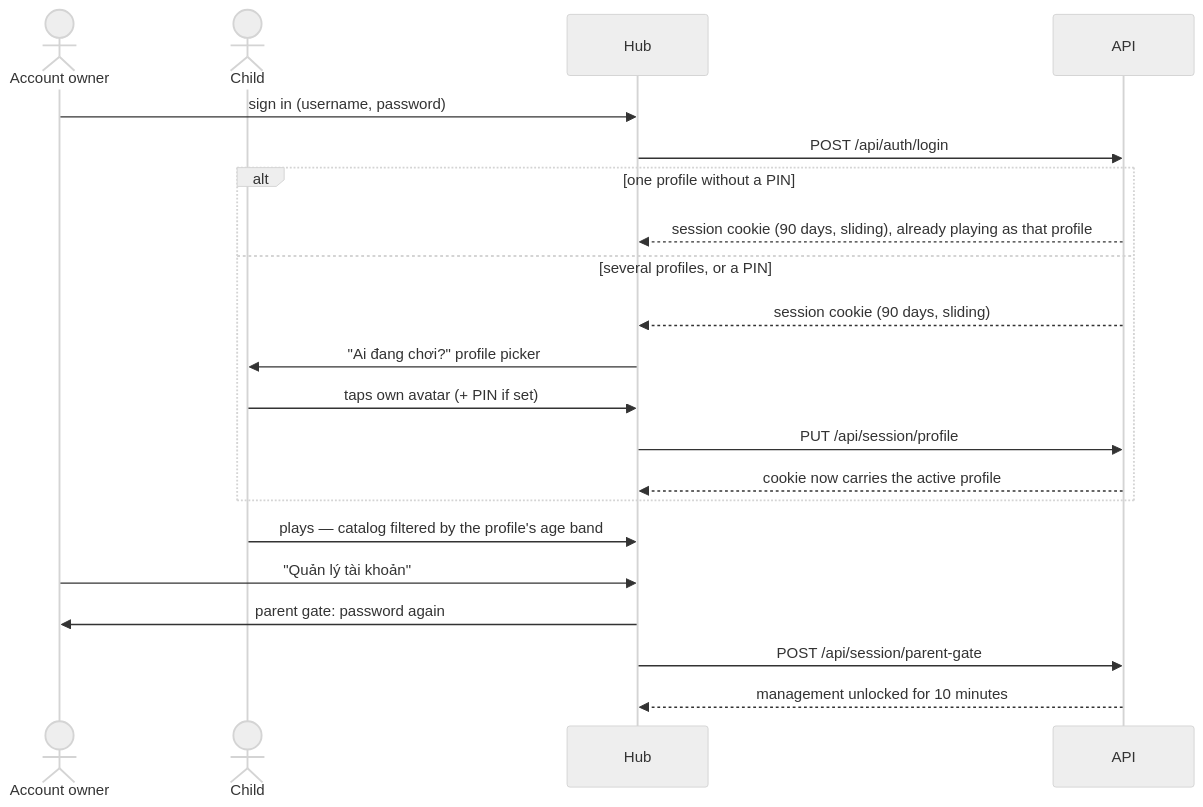
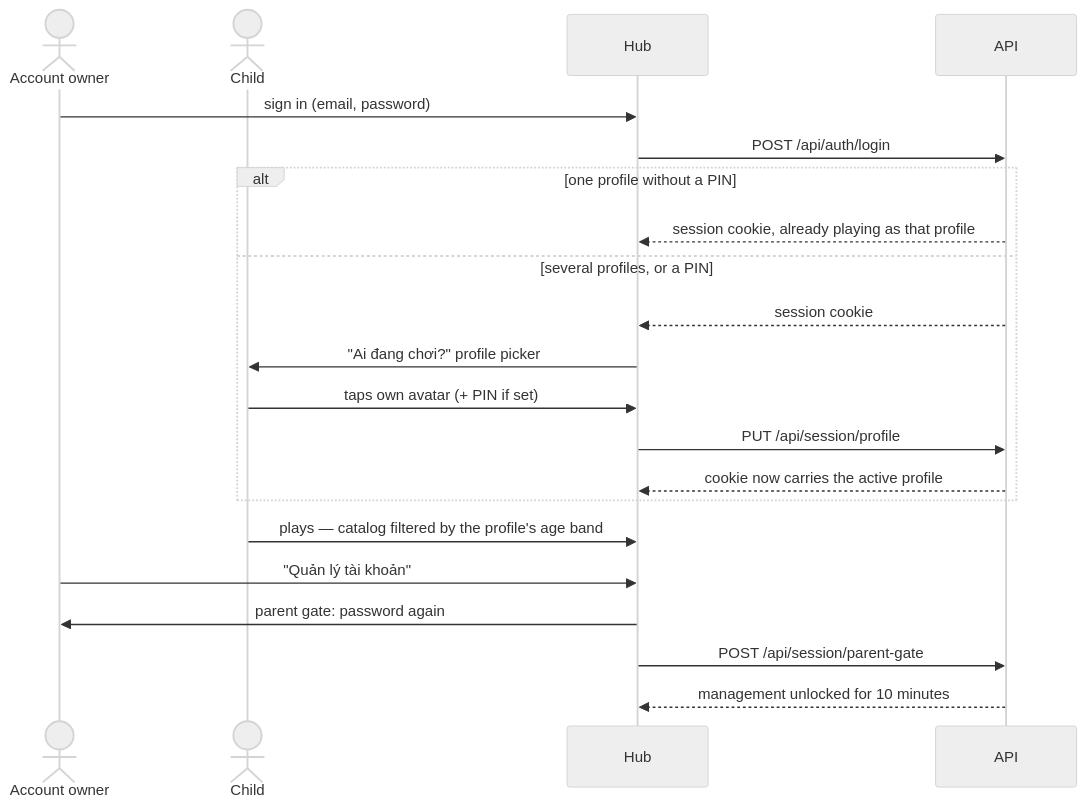
The sixth of 6 diagrams in docs/architecture/identity.md (vinh466/tohe-play), drawn with Mermaid (neutral theme) before and after one commit. The commit also changed other lines of this file and 8 other files, not shown here.

````diff
--- a/docs/architecture/identity.md
+++ b/docs/architecture/identity.md
@@ -53,24 +198,24 @@
 ```mermaid
 sequenceDiagram
   actor P as Account owner
   actor C as Child
   participant H as Hub
   participant API
 
-  P->>H: sign in (username, password)
+  P->>H: sign in (email, password)
   H->>API: POST /api/auth/login
   alt one profile without a PIN
-    API-->>H: session cookie (90 days, sliding), already playing as that profile
+    API-->>H: session cookie, already playing as that profile
   else several profiles, or a PIN
-    API-->>H: session cookie (90 days, sliding)
+    API-->>H: session cookie
     H->>C: "Ai đang chơi?" profile picker
     C->>H: taps own avatar (+ PIN if set)
     H->>API: PUT /api/session/profile
     API-->>H: cookie now carries the active profile
   end
   C->>H: plays — catalog filtered by the profile's age band
   P->>H: "Quản lý tài khoản"
   H->>P: parent gate: password again
   H->>API: POST /api/session/parent-gate
   API-->>H: management unlocked for 10 minutes
 ```
````
